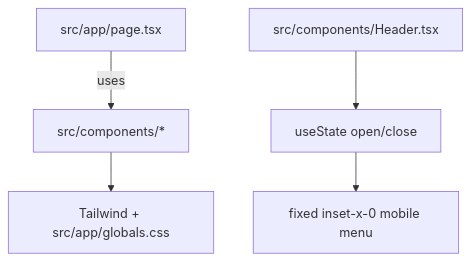
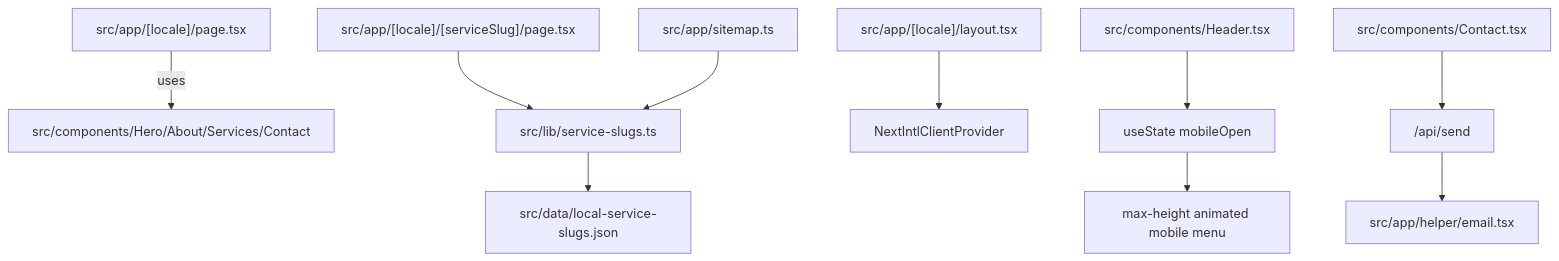
The diagram in lode/practices.md (ipavic933-spec/website-pavic), drawn with Mermaid before and after one commit. The commit also changed other lines of this file and 9 other files, not shown here.

````diff
--- a/lode/practices.md
+++ b/lode/practices.md
@@ -11,7 +13,12 @@
 ```mermaid
 flowchart TD
-  Page["src/app/page.tsx"] -->|uses| Components["src/components/*"]
-  Components --> Styles["Tailwind + src/app/globals.css"]
-  Header["src/components/Header.tsx"] --> Toggle["useState open/close"]
-  Toggle --> OverlayNav["fixed inset-x-0 mobile menu"]
+  HomePage["src/app/[locale]/page.tsx"] -->|uses| Sections["src/components/Hero/About/Services/Contact"]
+  ServicePage["src/app/[locale]/[serviceSlug]/page.tsx"] --> ServiceSlugLib["src/lib/service-slugs.ts"]
+  ServiceSlugLib --> LocalSlugConfig["src/data/local-service-slugs.json"]
+  LocaleLayout["src/app/[locale]/layout.tsx"] --> IntlProvider["NextIntlClientProvider"]
+  Header["src/components/Header.tsx"] --> Toggle["useState mobileOpen"]
+  Toggle --> OverlayNav["max-height animated mobile menu"]
+  Contact["src/components/Contact.tsx"] --> SendApi["/api/send"]
+  SendApi --> EmailHelper["src/app/helper/email.tsx"]
+  Sitemap["src/app/sitemap.ts"] --> ServiceSlugLib
 ```
````
